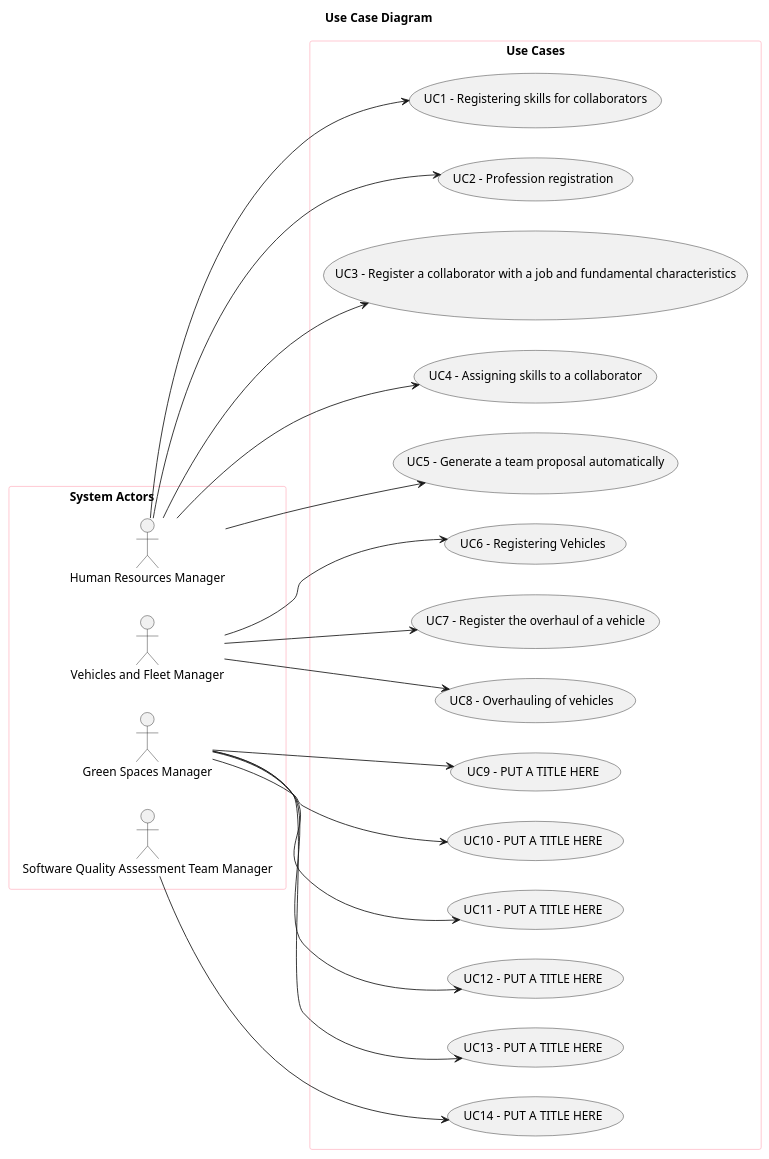
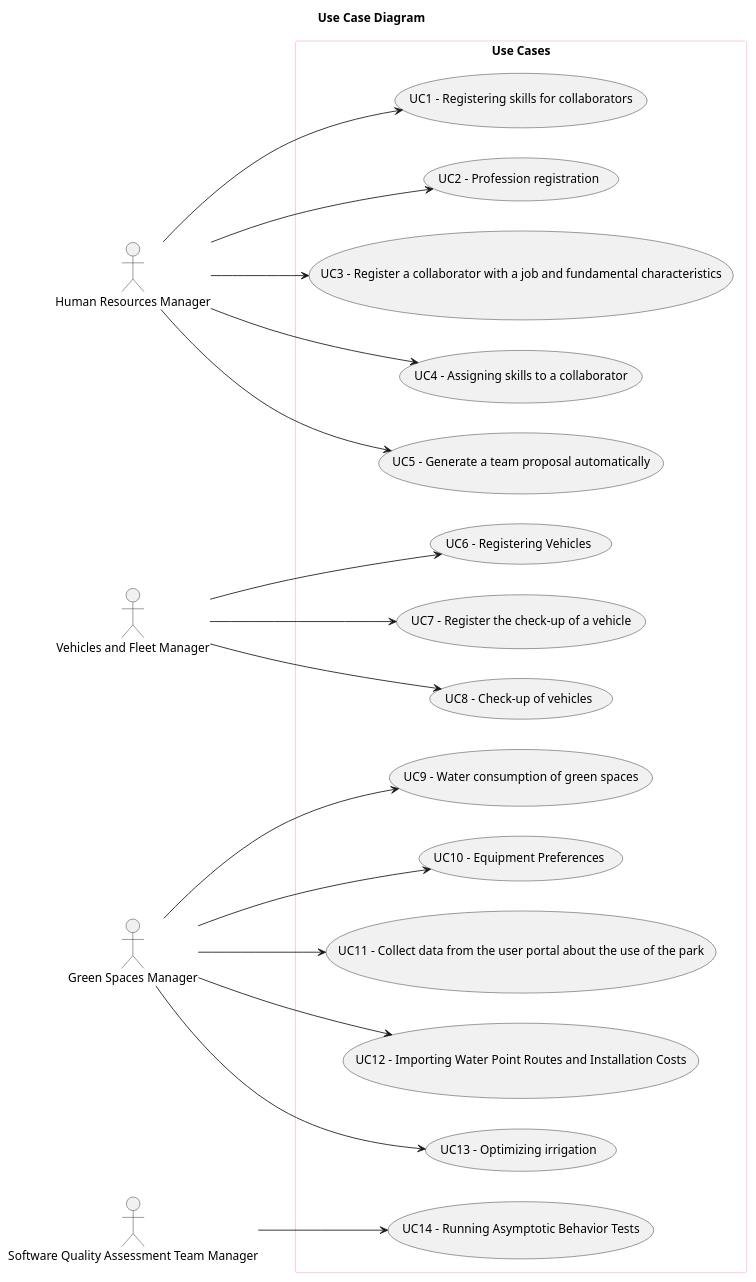
One commit to SAEmanuel/Green_Spaces_Management_ISEP changed the diagram in docs/sprintB/global-artifacts/01.requirements-engineering/puml/use-case-diagram.puml. Above: the diagram before and after it, drawn with PlantUML. The commit also changed 8 other files, not shown here.

```diff
--- a/docs/sprintB/global-artifacts/01.requirements-engineering/puml/use-case-diagram.puml
+++ b/docs/sprintB/global-artifacts/01.requirements-engineering/puml/use-case-diagram.puml
@@ -1,59 +1,59 @@
 @startuml
 'skinparam monochrome true
 skinparam packageStyle rectangle
 'skinparam shadowing false
 
 skinparam rectangle{
     BorderColor pink
 }
 
 title Use Case Diagram
 
 left to right direction
 
-rectangle "System Actors                       " as actors {
+
     actor "Human Resources Manager" as HRM
     actor "Vehicles and Fleet Manager" as FM
     actor "Green Spaces Manager" as GSM
     actor "Software Quality Assessment Team Manager" as QAM
 
 
 
-}
+
 
 
 
 rectangle "Use Cases" as usecases{
     usecase "UC1 - Registering skills for collaborators" as UC1
     usecase "UC2 - Profession registration" as UC2
     usecase "UC3 - Register a collaborator with a job and fundamental characteristics" as UC3
     usecase "UC4 - Assigning skills to a collaborator" as UC4
     usecase "UC5 - Generate a team proposal automatically" as UC5
     usecase "UC6 - Registering Vehicles" as UC6
-    usecase "UC7 - Register the overhaul of a vehicle" as UC7
-    usecase "UC8 - Overhauling of vehicles " as UC8
-    usecase "UC9 - PUT A TITLE HERE" as UC9
-    usecase "UC10 - PUT A TITLE HERE" as UC10
-    usecase "UC11 - PUT A TITLE HERE" as UC11
-    usecase "UC12 - PUT A TITLE HERE" as UC12
-    usecase "UC13 - PUT A TITLE HERE" as UC13
-    usecase "UC14 - PUT A TITLE HERE" as UC14
+    usecase "UC7 - Register the check-up of a vehicle" as UC7
+    usecase "UC8 - Check-up of vehicles" as UC8
+    usecase "UC9 - Water consumption of green spaces" as UC9
+    usecase "UC10 - Equipment Preferences" as UC10
+    usecase "UC11 - Collect data from the user portal about the use of the park" as UC11
+    usecase "UC12 - Importing Water Point Routes and Installation Costs" as UC12
+    usecase "UC13 - Optimizing irrigation" as UC13
+    usecase "UC14 - Running Asymptotic Behavior Tests" as UC14
 
     HRM --> UC1
     HRM --> UC2
     HRM --> UC3
     HRM --> UC4
     HRM --> UC5
     FM --> UC6
     FM --> UC7
     FM --> UC8
     GSM --> UC9
     GSM --> UC10
     GSM --> UC11
     GSM --> UC12
     GSM --> UC13
     QAM --> UC14
 }
 
 
 @enduml
```
